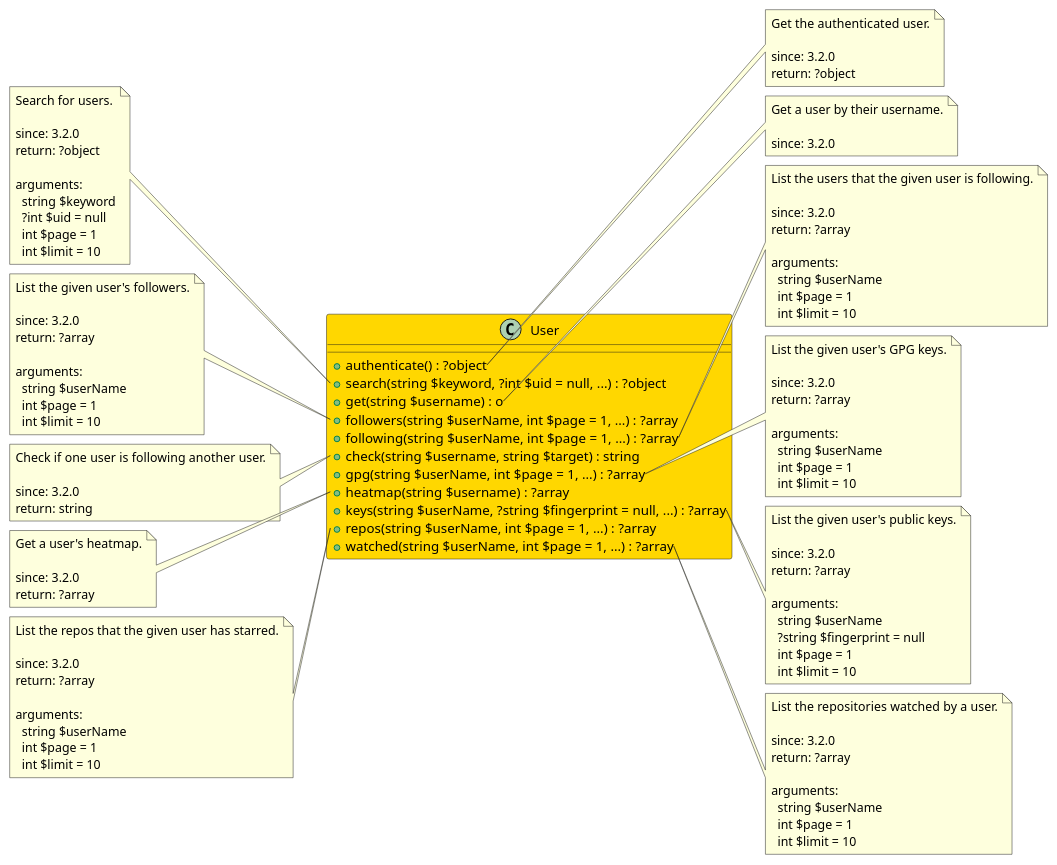
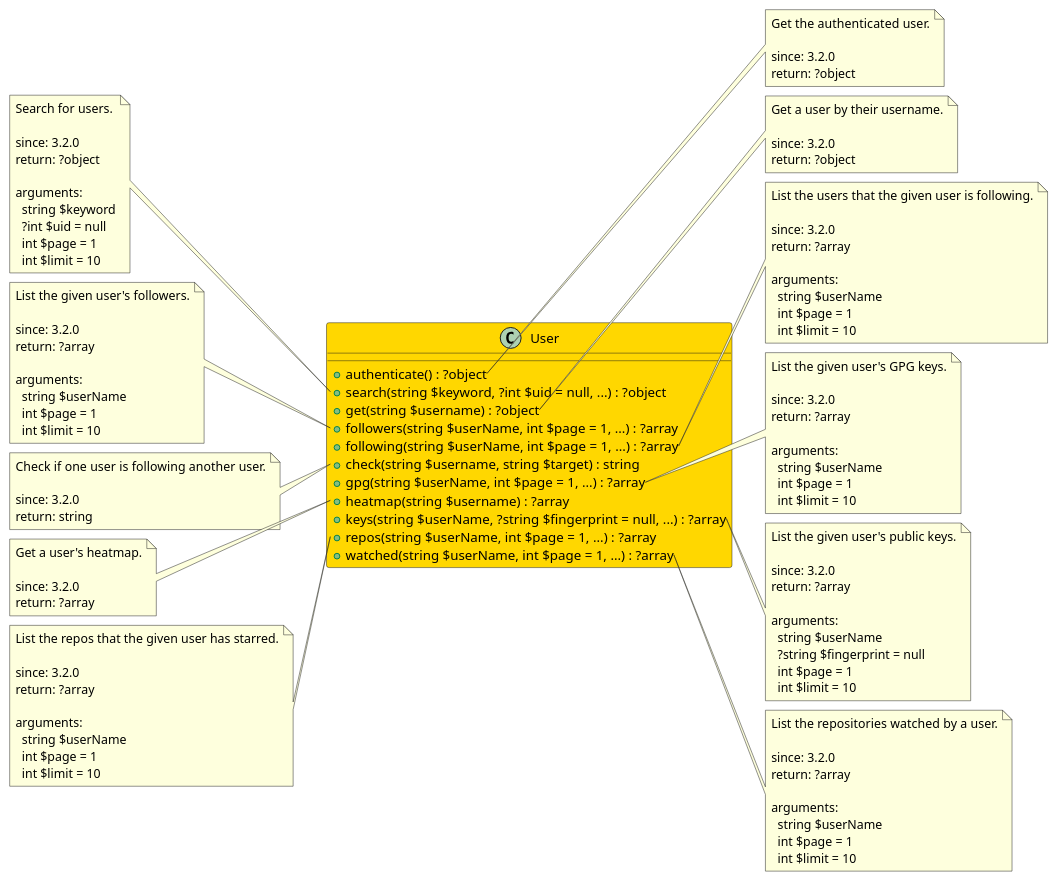
Before and after one commit to joomengine/gitea: the diagram in src/4a5694db-bf3c-439b-bf9c-36a487828787/README.md, drawn with PlantUML. The commit also changed 28 other files, not shown here.

```diff
--- a/src/4a5694db-bf3c-439b-bf9c-36a487828787/README.md
+++ b/src/4a5694db-bf3c-439b-bf9c-36a487828787/README.md
@@ -9,7 +9,7 @@
 class User  #Gold {
   + authenticate() : ?object
   + search(string $keyword, ?int $uid = null, ...) : ?object
-  + get(string $username) : o
+  + get(string $username) : ?object
   + followers(string $userName, int $page = 1, ...) : ?array
   + following(string $userName, int $page = 1, ...) : ?array
   + check(string $username, string $target) : string
@@ -44,6 +44,7 @@
   Get a user by their username.
 
   since: 3.2.0
+  return: ?object
 end note
 
 note left of User::followers
```
